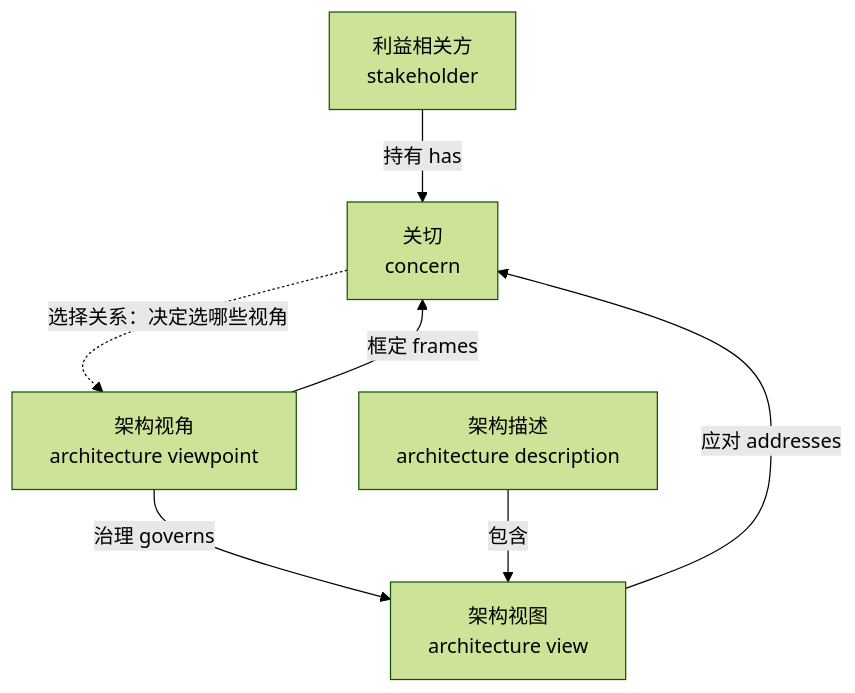
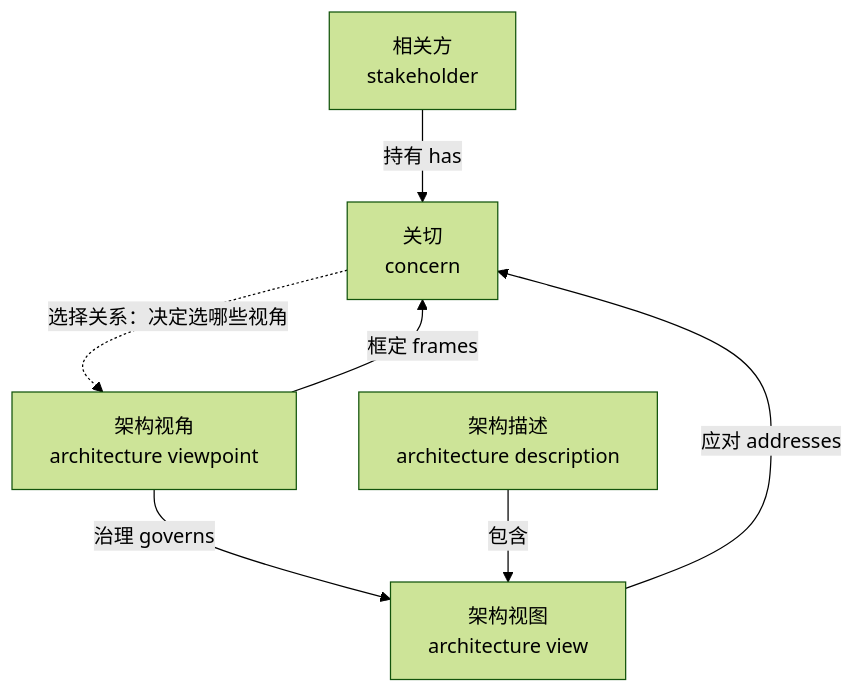
The fourth of 11 diagrams in 10-系统工程研究/00-系统工程相关研究报告/10-架构设计方法论全景研究报告.md (Yongjunzhou/business-Engineering), drawn with Mermaid (forest theme) before and after one commit. The commit also changed other lines of this file and 69 other files, not shown here.

Commit message:
[AI] 10-系统工程研究：stakeholder 定名「相关方」全库扫净（用户裁）——963 处：报告库研究报告 857、01/02 约 155、对话记录头部约定行 7；不动的四类同 concern 轮（标准正本/对话原话/历史件/版本史行），扫后报告库剩 37 处全在版本史行；48号升 v3.26（术语纪律加一句、§15.4第10项改为已裁）；30号译名政策补国标括注；14号C7/术语表/余项同批改；08号「核」列核查（48行全已核，42号待核在04列，已更正并写明两轴之别）；pending 执行点改正（19章无§〇开工单该行）；两脚本全过

````diff
--- a/10-系统工程研究/00-系统工程相关研究报告/10-架构设计方法论全景研究报告.md
+++ b/10-系统工程研究/00-系统工程相关研究报告/10-架构设计方法论全景研究报告.md
@@ -451,9 +451,9 @@
 ```mermaid
 flowchart TB
-    S[利益相关方<br/>stakeholder] -- "持有 has" --> C[关切<br/>concern]
+    S[相关方<br/>stakeholder] -- "持有 has" --> C[关切<br/>concern]
     VP[架构视角<br/>architecture viewpoint] -- "框定 frames" --> C
     C -.->|"选择关系：决定选哪些视角"| VP
     VP -- "治理 governs" --> W[架构视图<br/>architecture view]
     W -- "应对 addresses" --> C
     AD[架构描述<br/>architecture description] -- "包含" --> W
 ```
````
